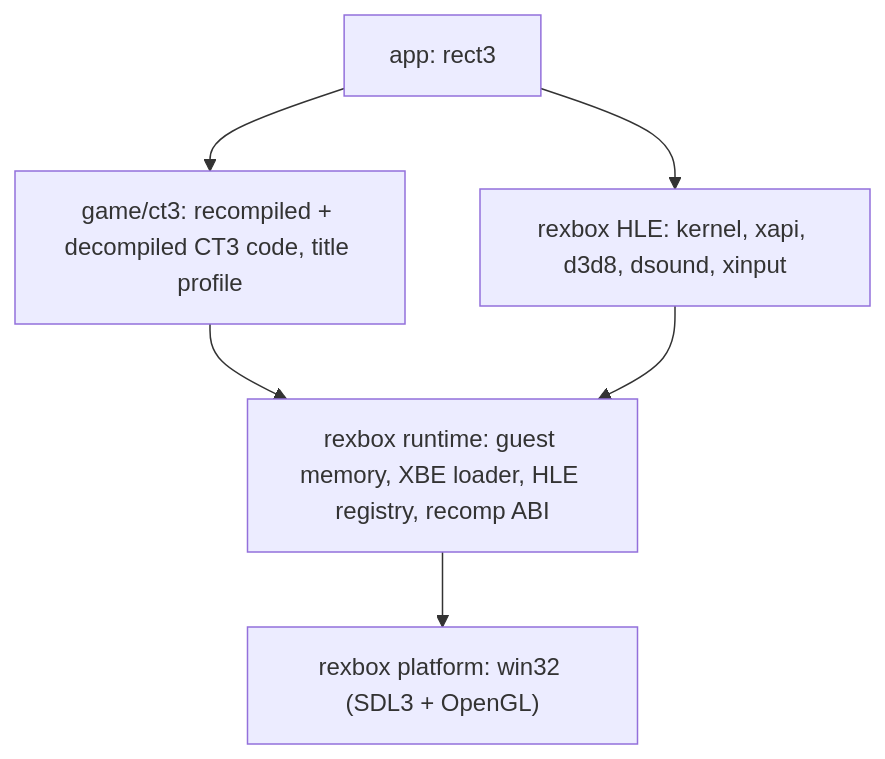
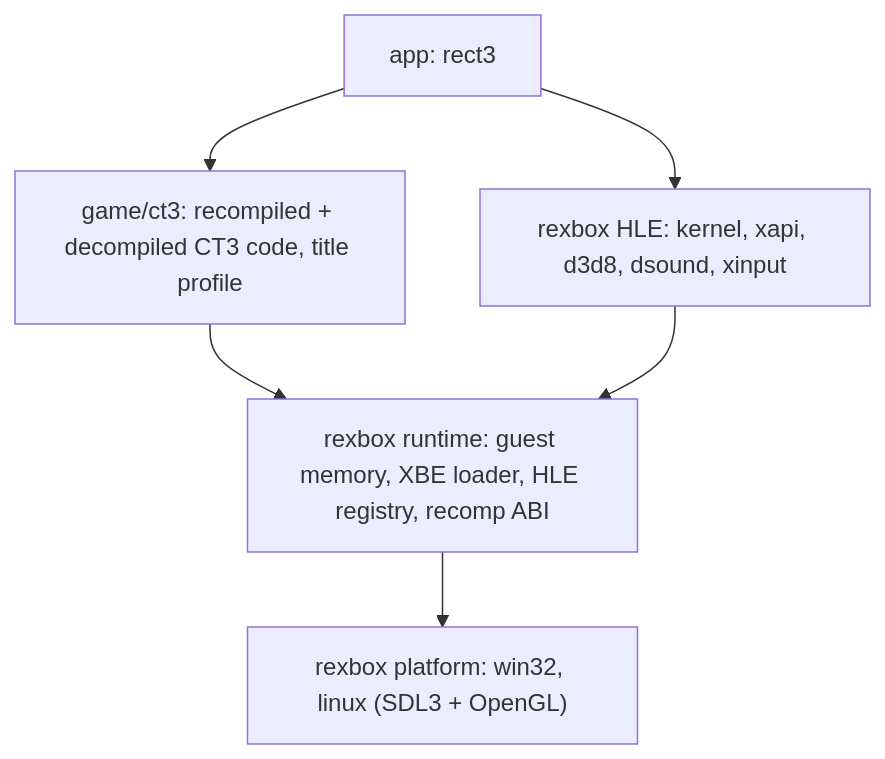
The diagram in README.md (reexec/reCT3), drawn with Mermaid before and after one commit. The commit also changed other lines of this file and 16 other files, not shown here.

````diff
--- a/README.md
+++ b/README.md
@@ -13,8 +13,8 @@
 ```mermaid
 flowchart TD
     APP["app: rect3"] --> GAME["game/ct3: recompiled + decompiled CT3 code, title profile"]
     APP --> HLE["rexbox HLE: kernel, xapi, d3d8, dsound, xinput"]
     GAME --> RT["rexbox runtime: guest memory, XBE loader, HLE registry, recomp ABI"]
     HLE --> RT
-    RT --> PLAT["rexbox platform: win32 (SDL3 + OpenGL)"]
+    RT --> PLAT["rexbox platform: win32, linux (SDL3 + OpenGL)"]
 ```
````
